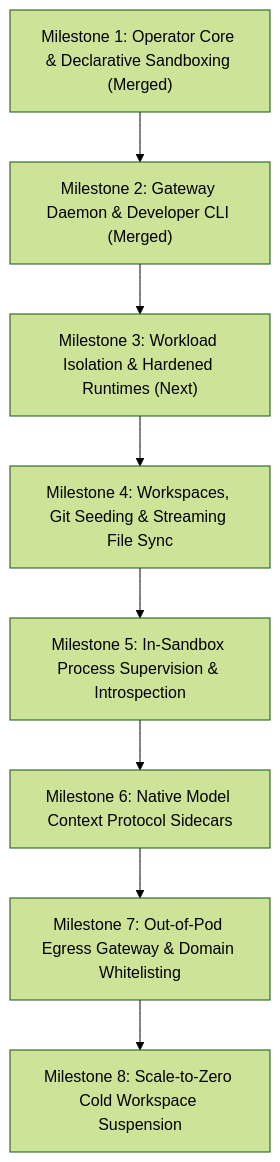
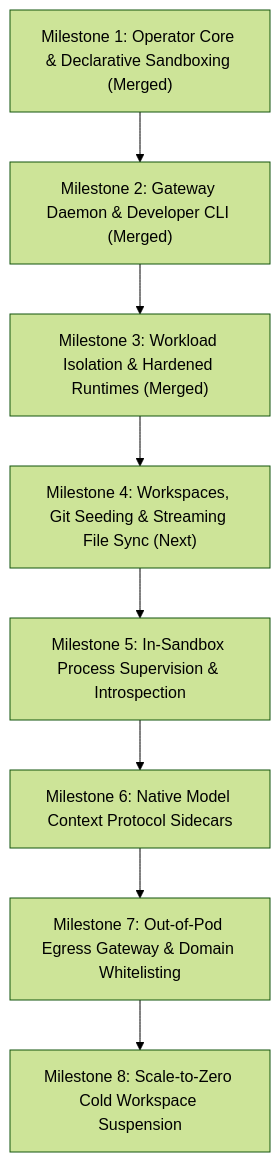
The second of 2 diagrams in docs/roadmap.md (hoangndst/buddy-sandboxes), drawn with Mermaid (forest theme) before and after one commit. The commit also changed other lines of this file, not shown here.

Commit message:
docs: update platform roadmap marking Milestone 3 completed and merged

````diff
--- a/docs/roadmap.md
+++ b/docs/roadmap.md
@@ -60,10 +60,10 @@
 ```mermaid
 flowchart TD
     M1["Milestone 1: Operator Core & Declarative Sandboxing (Merged)"] --> M2["Milestone 2: Gateway Daemon & Developer CLI (Merged)"]
-    M2 --> M3["Milestone 3: Workload Isolation & Hardened Runtimes (Next)"]
-    M3 --> M4["Milestone 4: Workspaces, Git Seeding & Streaming File Sync"]
+    M2 --> M3["Milestone 3: Workload Isolation & Hardened Runtimes (Merged)"]
+    M3 --> M4["Milestone 4: Workspaces, Git Seeding & Streaming File Sync (Next)"]
     M4 --> M5["Milestone 5: In-Sandbox Process Supervision & Introspection"]
     M5 --> M6["Milestone 6: Native Model Context Protocol Sidecars"]
     M6 --> M7["Milestone 7: Out-of-Pod Egress Gateway & Domain Whitelisting"]
     M7 --> M8["Milestone 8: Scale-to-Zero Cold Workspace Suspension"]
 ```
````
